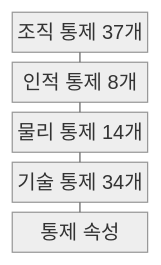
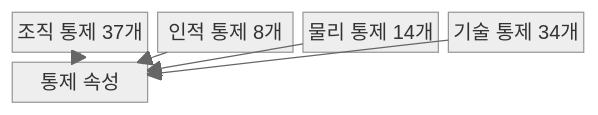
Before and after one commit to agnusdei1207/knowledge-base: the first of 2 diagrams in src/content/docs/notes/05-security/106_iso_27001_2022_revision.md, drawn with Mermaid (neutral theme). The commit also changed other lines of this file and 20 other files, not shown here.

````diff
--- a/src/content/docs/notes/05-security/106_iso_27001_2022_revision.md
+++ b/src/content/docs/notes/05-security/106_iso_27001_2022_revision.md
@@ -52,13 +52,13 @@
 ```mermaid
-block-beta
-  columns 1
+block
+  columns 4
   O["조직 통제 37개"]
   P["인적 통제 8개"]
   H["물리 통제 14개"]
   T["기술 통제 34개"]
   A["통제 속성"]
-  O --- P
-  P --- H
-  H --- T
-  T --- A
+  O --> A
+  P --> A
+  H --> A
+  T --> A
 ```
````
